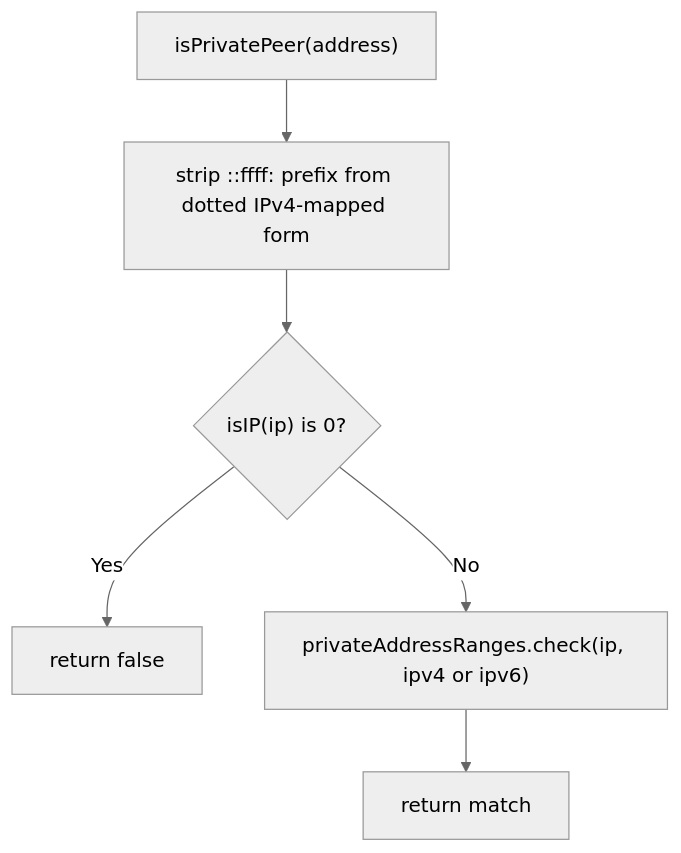
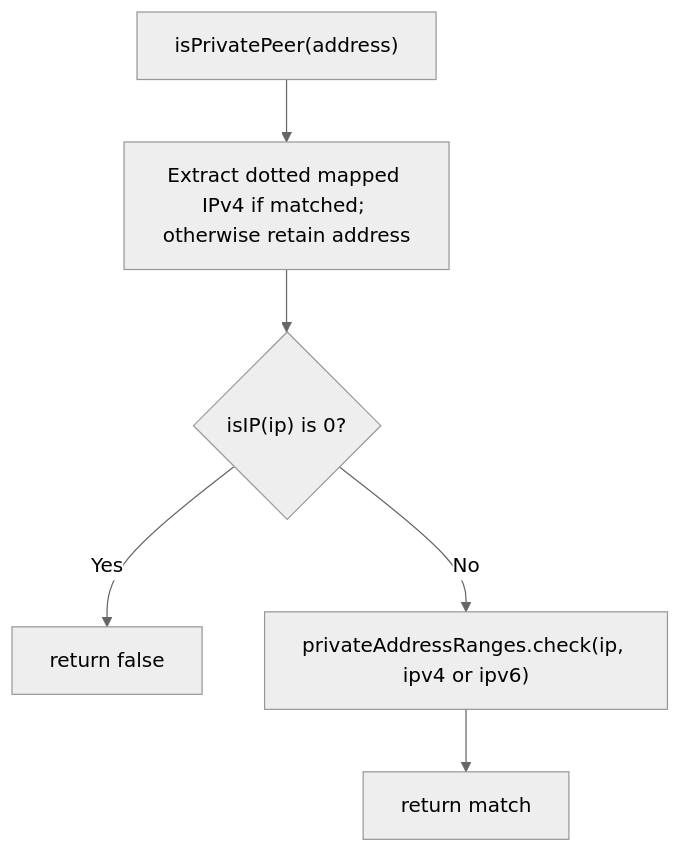
Before and after one commit to Kevinjohn/oss-adonisjs-origin-guard: the second of 2 diagrams in user-stories/US-ORIGIN-04-trust-private-proxy.md, drawn with Mermaid (neutral theme). The commit also changed other lines of this file and 5 other files, not shown here.

Commit message:
docs: verify user story paths and Mermaid flows against implementation

````diff
--- a/user-stories/US-ORIGIN-04-trust-private-proxy.md
+++ b/user-stories/US-ORIGIN-04-trust-private-proxy.md
@@ -40,8 +40,8 @@
 ```mermaid
 flowchart TD
-    A["isPrivatePeer(address)"] --> B["strip ::ffff: prefix from dotted IPv4-mapped form"]
+    A["isPrivatePeer(address)"] --> B["Extract dotted mapped IPv4 if matched; otherwise retain address"]
     B --> C{"isIP(ip) is 0?"}
     C -->|Yes| D["return false"]
     C -->|No| E["privateAddressRanges.check(ip, ipv4 or ipv6)"]
     E --> F["return match"]
 ```
````
